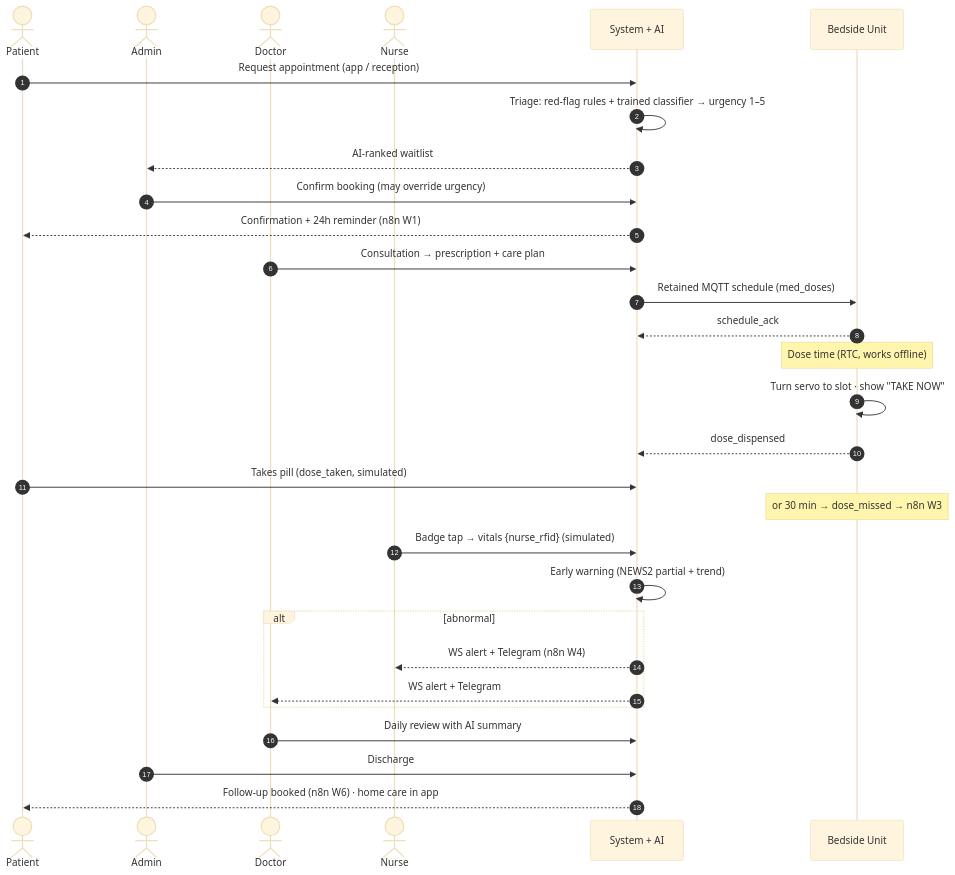
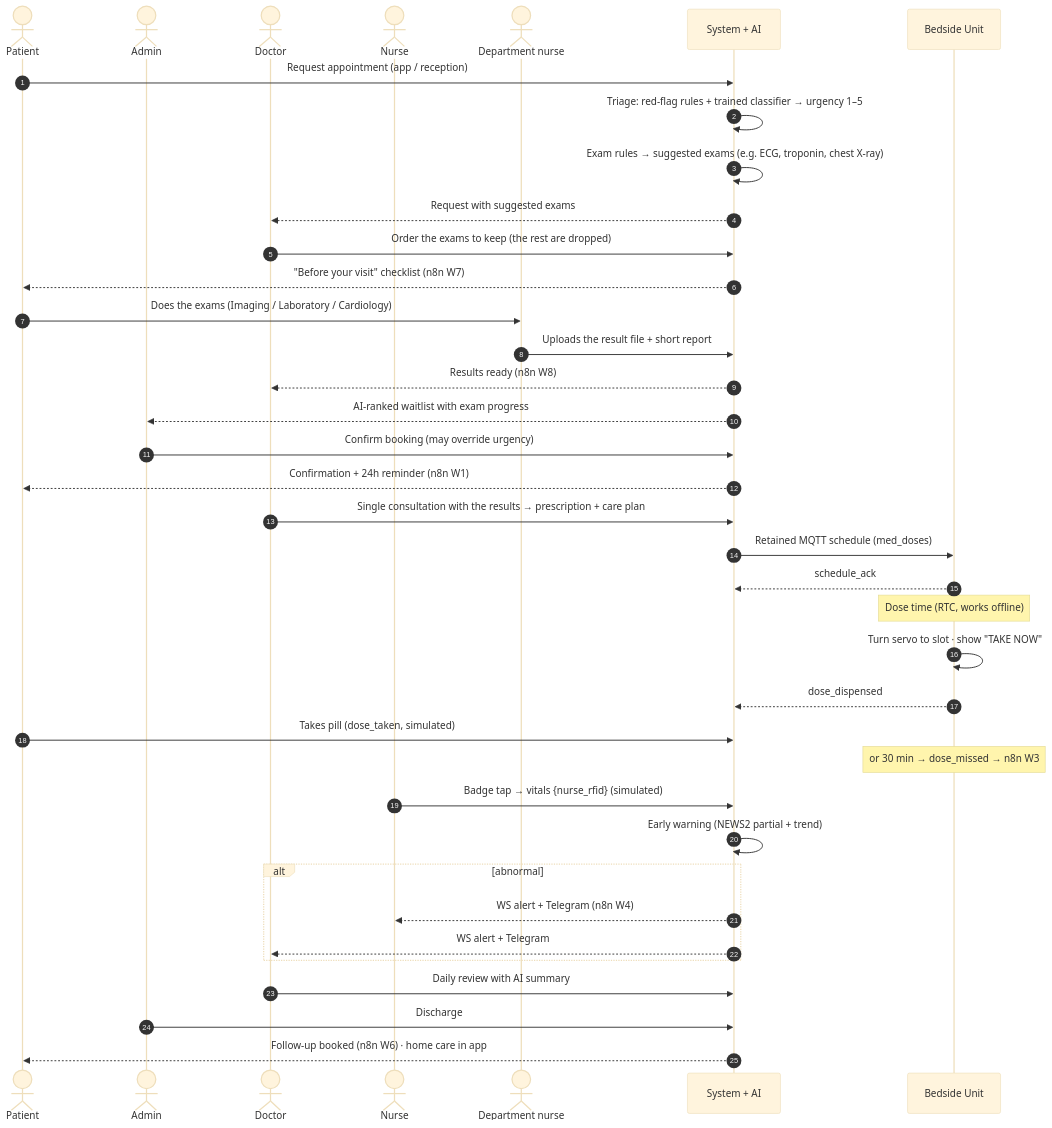
Before and after one commit to Faouzi-Blibech/smarty-hospital-: the third of 6 diagrams in docs/architecture.md, drawn with Mermaid (base theme). The commit also changed other lines of this file and 1 other file, not shown here.

Commit message:
docs: README and architecture for the single-visit pathway, AI routes and current status

````diff
--- a/docs/architecture.md
+++ b/docs/architecture.md
@@ -116,33 +137,41 @@
 ```mermaid
 sequenceDiagram
   autonumber
   actor P as Patient
   actor A as Admin
   actor D as Doctor
   actor N as Nurse
+  actor X as Department nurse
   participant S as System + AI
   participant B as Bedside Unit
 
   P->>S: Request appointment (app / reception)
   S->>S: Triage: red-flag rules + trained classifier → urgency 1–5
-  S-->>A: AI-ranked waitlist
+  S->>S: Exam rules → suggested exams (e.g. ECG, troponin, chest X-ray)
+  S-->>D: Request with suggested exams
+  D->>S: Order the exams to keep (the rest are dropped)
+  S-->>P: "Before your visit" checklist (n8n W7)
+  P->>X: Does the exams (Imaging / Laboratory / Cardiology)
+  X->>S: Uploads the result file + short report
+  S-->>D: Results ready (n8n W8)
+  S-->>A: AI-ranked waitlist with exam progress
   A->>S: Confirm booking (may override urgency)
   S-->>P: Confirmation + 24h reminder (n8n W1)
-  D->>S: Consultation → prescription + care plan
+  D->>S: Single consultation with the results → prescription + care plan
   S->>B: Retained MQTT schedule (med_doses)
   B-->>S: schedule_ack
   Note over B: Dose time (RTC, works offline)
   B->>B: Turn servo to slot · show "TAKE NOW"
   B-->>S: dose_dispensed
   P->>S: Takes pill (dose_taken, simulated)
   Note over B: or 30 min → dose_missed → n8n W3
   N->>S: Badge tap → vitals {nurse_rfid} (simulated)
   S->>S: Early warning (NEWS2 partial + trend)
   alt abnormal
     S-->>N: WS alert + Telegram (n8n W4)
     S-->>D: WS alert + Telegram
   end
   D->>S: Daily review with AI summary
   A->>S: Discharge
   S-->>P: Follow-up booked (n8n W6) · home care in app
 ```
````
